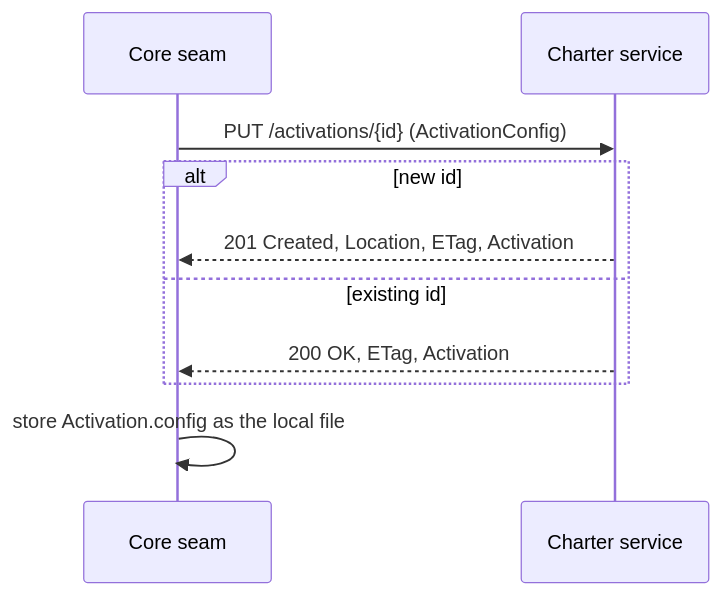
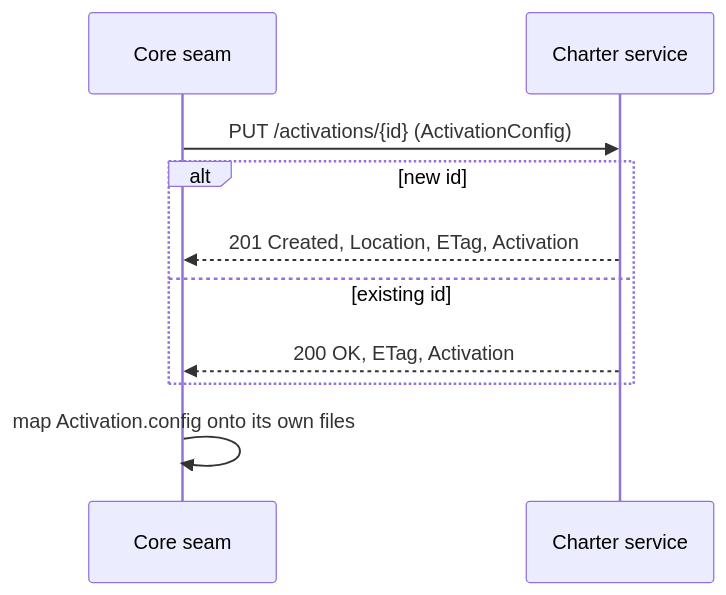
The first of 2 diagrams in docs/architecture/offering-and-activation.md (spec-kitty/spec-kitty-charter), drawn with Mermaid before and after one commit. The commit also changed other lines of this file and 3 other files, not shown here.

````diff
--- a/docs/architecture/offering-and-activation.md
+++ b/docs/architecture/offering-and-activation.md
@@ -123,12 +123,12 @@
 ```mermaid
 sequenceDiagram
   participant Core as Core seam
   participant Svc as Charter service
   Core->>Svc: PUT /activations/{id} (ActivationConfig)
   alt new id
     Svc-->>Core: 201 Created, Location, ETag, Activation
   else existing id
     Svc-->>Core: 200 OK, ETag, Activation
   end
-  Core->>Core: store Activation.config as the local file
+  Core->>Core: map Activation.config onto its own files
 ```
````
